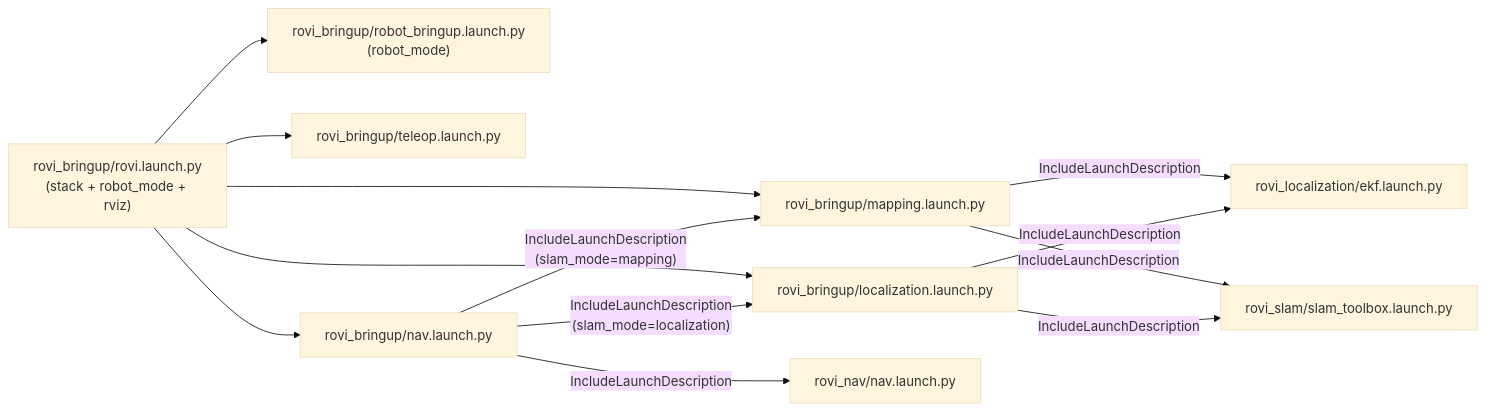
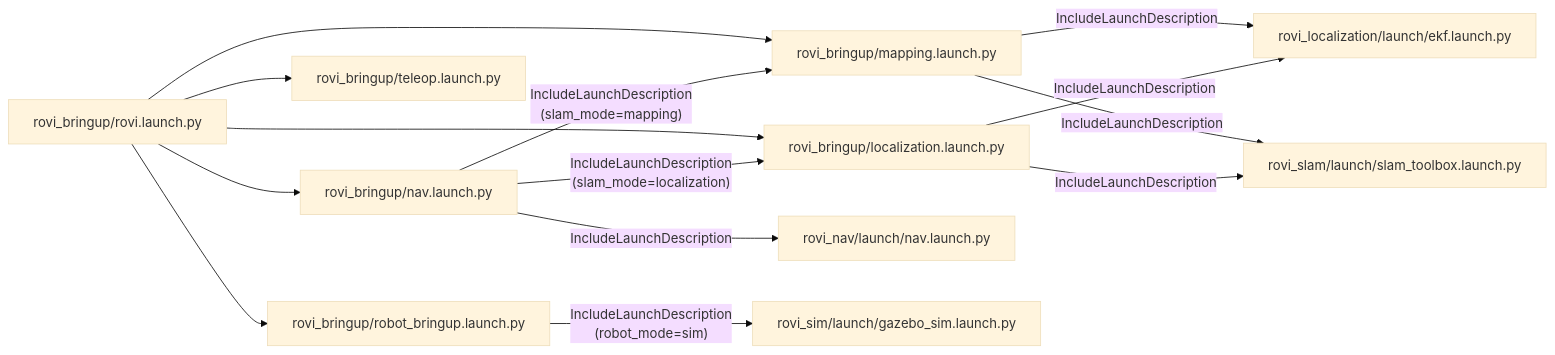
Before and after one commit to Roblibs/rovi_ros_ws: diagram 11 of 12 in README.md, drawn with Mermaid (base theme). The commit also changed other lines of this file, not shown here.

Commit message:
update README.md: refine launch wiring diagrams and correct file paths

````diff
--- a/README.md
+++ b/README.md
@@ -635,25 +553,27 @@
 ```mermaid
 flowchart LR
-  Rovi["rovi_bringup/rovi.launch.py<br/>(stack + robot_mode + rviz)"]
-  RobotBringup["rovi_bringup/robot_bringup.launch.py<br/>(robot_mode)"]
+  Rovi["rovi_bringup/rovi.launch.py"]
+  RobotBringup["rovi_bringup/robot_bringup.launch.py"]
 
   Rovi --> RobotBringup
   Rovi --> Teleop["rovi_bringup/teleop.launch.py"]
   Rovi --> Mapping["rovi_bringup/mapping.launch.py"]
   Rovi --> Localization["rovi_bringup/localization.launch.py"]
   Rovi --> NavLaunch["rovi_bringup/nav.launch.py"]
 
-  EkfLaunch["rovi_localization/ekf.launch.py"]
-  SlamLaunch["rovi_slam/slam_toolbox.launch.py"]
-  NavStackLaunch["rovi_nav/nav.launch.py"]
+  EkfLaunch["rovi_localization/launch/ekf.launch.py"]
+  SlamLaunch["rovi_slam/launch/slam_toolbox.launch.py"]
+  NavStackLaunch["rovi_nav/launch/nav.launch.py"]
 
   Mapping -->|IncludeLaunchDescription| EkfLaunch
   Mapping -->|IncludeLaunchDescription| SlamLaunch
 
   Localization -->|IncludeLaunchDescription| EkfLaunch
   Localization -->|IncludeLaunchDescription| SlamLaunch
 
   NavLaunch -->|IncludeLaunchDescription| NavStackLaunch
   NavLaunch -->|"IncludeLaunchDescription<br/>(slam_mode=mapping)"| Mapping
   NavLaunch -->|"IncludeLaunchDescription<br/>(slam_mode=localization)"| Localization
+
+  RobotBringup -->|"IncludeLaunchDescription<br/>(robot_mode=sim)"| GazeboSim["rovi_sim/launch/gazebo_sim.launch.py"]
 ```
````
